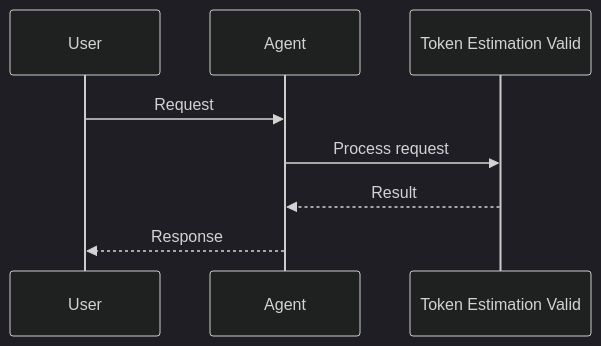
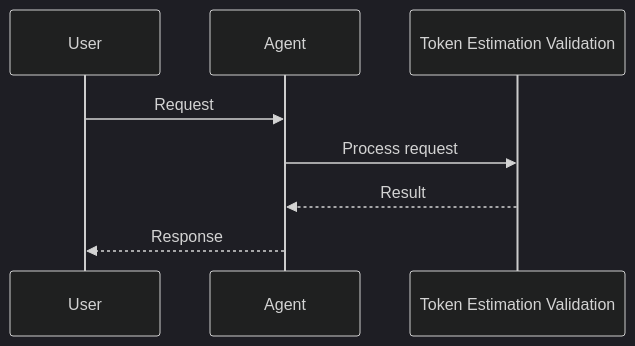
The second of 4 diagrams in docs/features/context-estimation-validation.mdx (MervinPraison/PraisonAIDocs), drawn with Mermaid (dark theme) before and after one commit. The commit also changed other lines of this file and 45 other files, not shown here.

First line of the commit message:
docs: fix truncated Mermaid diagram feature names (22-char cutoff)

````diff
--- a/docs/features/context-estimation-validation.mdx
+++ b/docs/features/context-estimation-validation.mdx
@@ -24,11 +24,11 @@
 ```mermaid
 sequenceDiagram
     participant User
     participant Agent
-    participant Feature as Token Estimation Valid
+    participant Feature as Token Estimation Validation
 
     User->>Agent: Request
     Agent->>Feature: Process request
     Feature-->>Agent: Result
     Agent-->>User: Response
 ```
````
